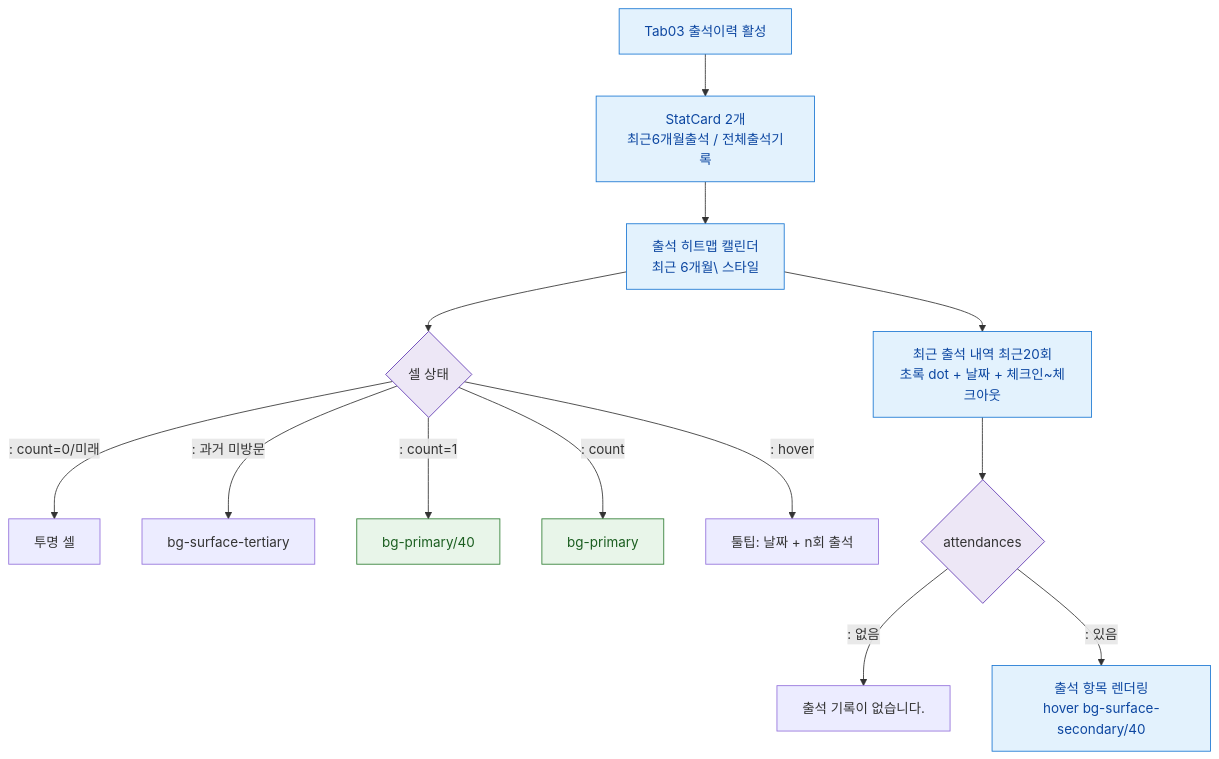
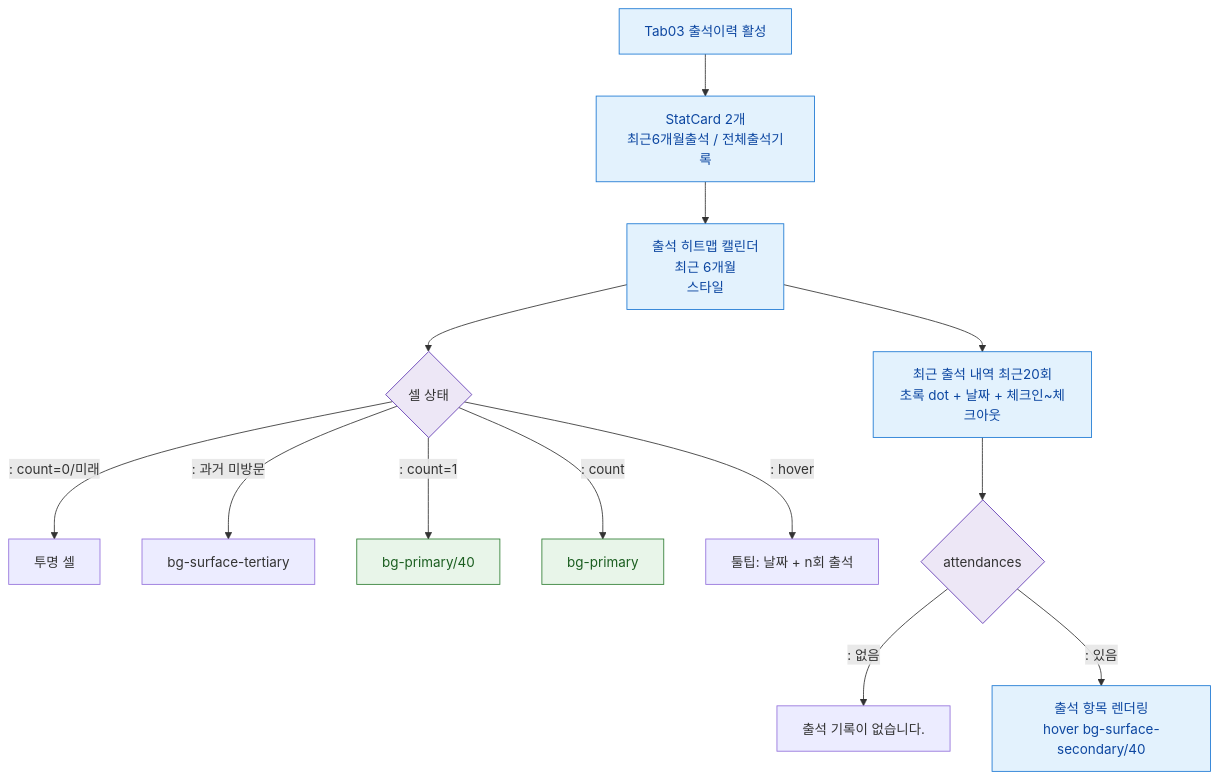
The diagram in docs/admin/다이어그램/D02_회원관리/SCR-M004_회원상세/Tab03_출석이력/F2_메인.md (dev-spogym/admin-pando), drawn with Mermaid before and after one commit. The commit also changed 369 other files, not shown here.

````diff
--- a/docs/admin/다이어그램/D02_회원관리/SCR-M004_회원상세/Tab03_출석이력/F2_메인.md
+++ b/docs/admin/다이어그램/D02_회원관리/SCR-M004_회원상세/Tab03_출석이력/F2_메인.md
@@ -20,26 +20,26 @@
 ```mermaid
 flowchart TD
   TAB[Tab03 출석이력 활성] --> STATS[StatCard 2개\n최근6개월출석 / 전체출석기록]
 
-  STATS --> HEATMAP[출석 히트맵 캘린더\n최근 6개월\ 스타일]
+  STATS --> HEATMAP[출석 히트맵 캘린더\n최근 6개월<br/> 스타일]
 
   HEATMAP --> CELL{셀 상태}
   CELL -->|": count=0/미래"|CELL_EMPTY[투명 셀]
   CELL -->|": 과거 미방문"|CELL_GRAY[bg-surface-tertiary]
   CELL -->|": count=1"|CELL_LIGHT[bg-primary/40]
   CELL -->|": count"|CELL_FULL[bg-primary]
   CELL -->|": hover"|TOOLTIP[툴팁: 날짜 + n회 출석]
 
   HEATMAP --> LIST[최근 출석 내역 최근20회\n초록 dot + 날짜 + 체크인~체크아웃]
 
   LIST --> LIST_STATE{attendances}
   LIST_STATE -->|": 없음"|LIST_EMPTY[출석 기록이 없습니다.]
   LIST_STATE -->|": 있음"|LIST_ITEMS[출석 항목 렌더링\nhover bg-surface-secondary/40]
 
   classDef screen fill:#E3F2FD,stroke:#1976D2,color:#0D47A1
   classDef system fill:#EDE7F6,stroke:#5E35B2
   classDef success fill:#E8F5E9,stroke:#2E7D32,color:#1B5E20
   class TAB,STATS,HEATMAP,LIST,LIST_ITEMS screen
   class CELL,LIST_STATE system
   class CELL_FULL,CELL_LIGHT success
 ```
````
